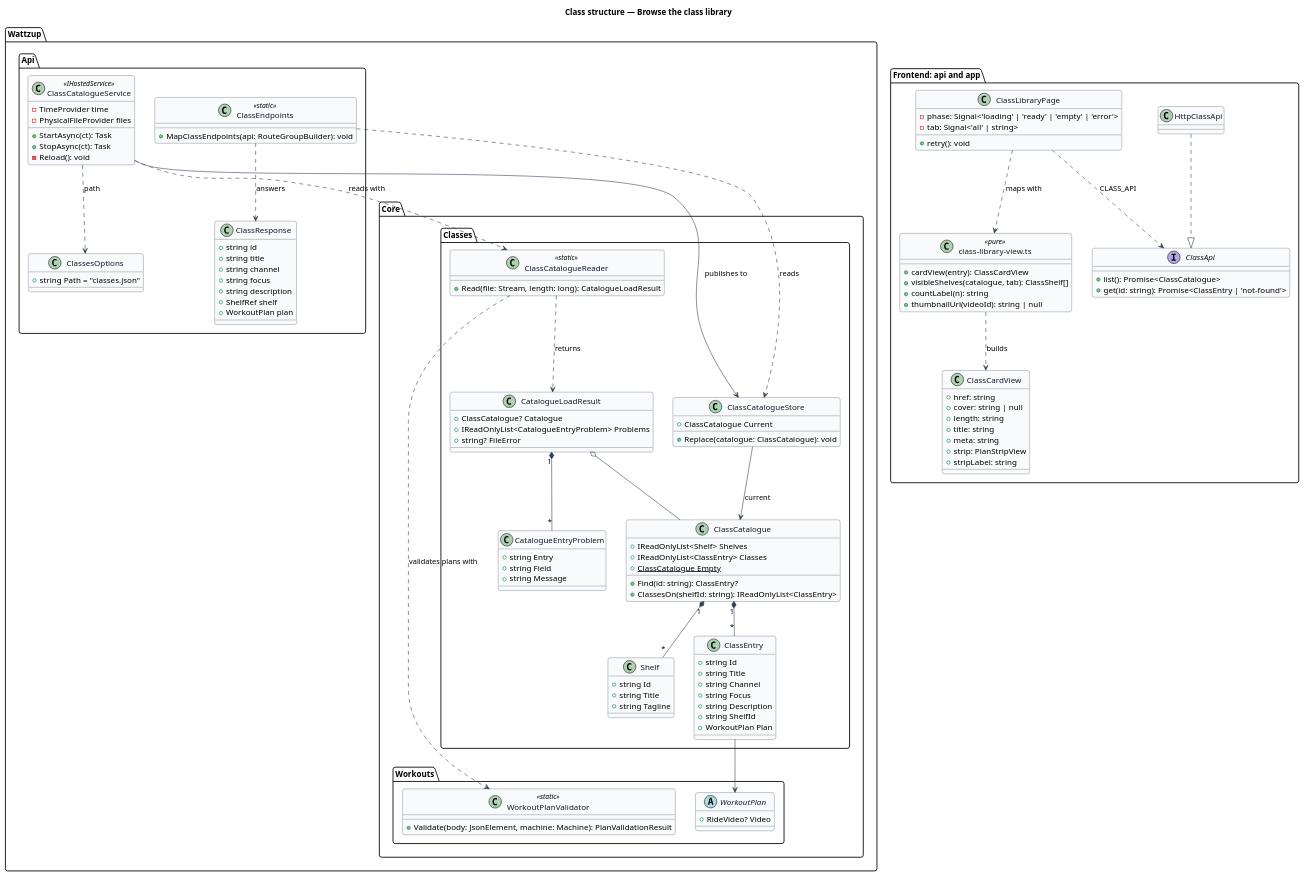
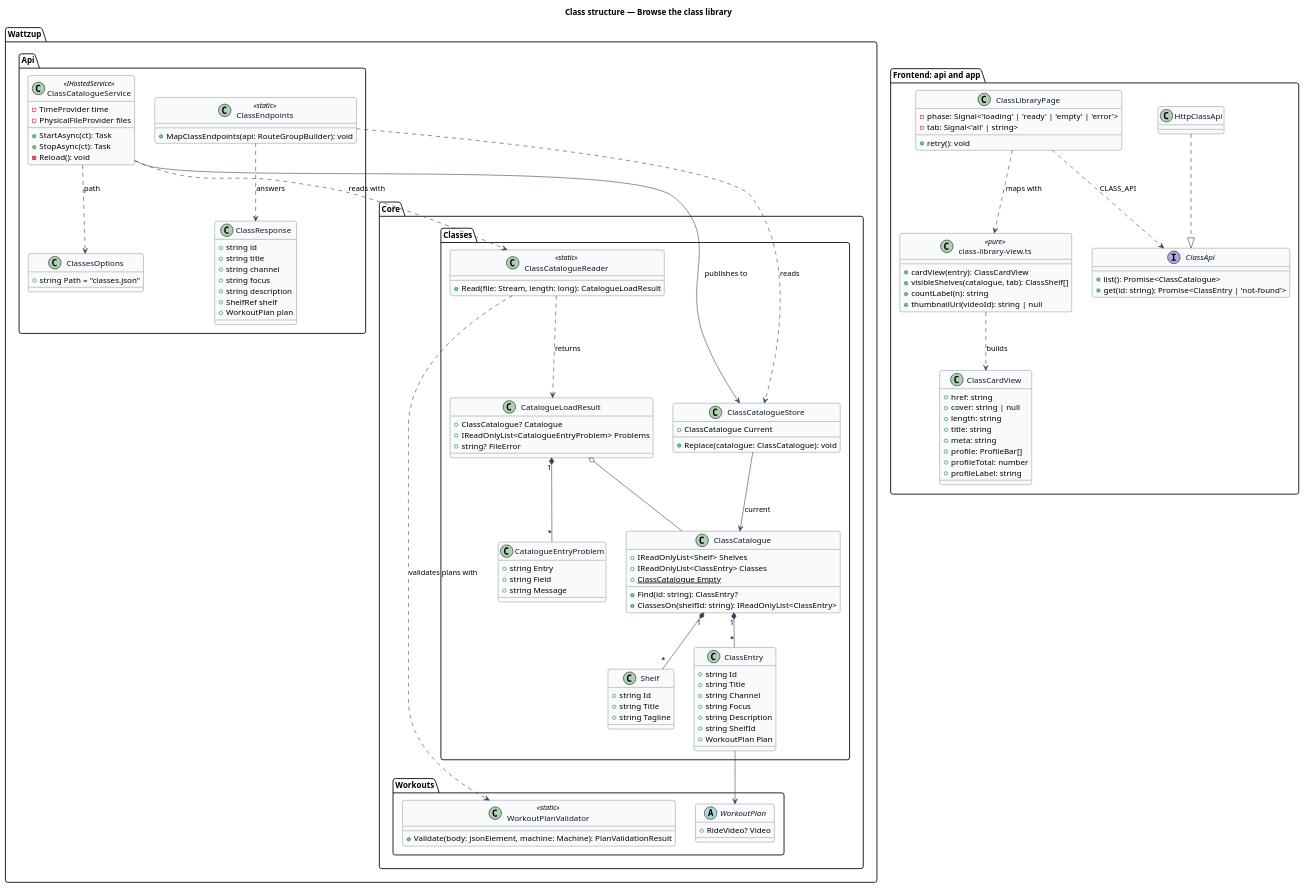
Before and after one commit to QuinntyneBrown/ride-one: the diagram in docs/detailed-designs/classes/browse-classes/diagrams/class-structure.puml, drawn with PlantUML. The commit also changed 10 other files, not shown here.

```diff
--- a/docs/detailed-designs/classes/browse-classes/diagrams/class-structure.puml
+++ b/docs/detailed-designs/classes/browse-classes/diagrams/class-structure.puml
@@ -1,131 +1,132 @@
 @startuml
 skinparam backgroundColor #FFFFFF
 skinparam shadowing false
 skinparam roundcorner 8
 skinparam defaultFontName Arial
 skinparam ArrowColor #344054
 skinparam class {
   BorderColor #344054
   FontColor #101828
   BackgroundColor #F9FAFB
 }
 title Class structure — Browse the class library
 
 package "Wattzup.Core.Classes" {
   class Shelf {
     +string Id
     +string Title
     +string Tagline
   }
   class ClassEntry {
     +string Id
     +string Title
     +string Channel
     +string Focus
     +string Description
     +string ShelfId
     +WorkoutPlan Plan
   }
   class ClassCatalogue {
     +IReadOnlyList<Shelf> Shelves
     +IReadOnlyList<ClassEntry> Classes
     +{static} ClassCatalogue Empty
     +Find(id: string): ClassEntry?
     +ClassesOn(shelfId: string): IReadOnlyList<ClassEntry>
   }
   class ClassCatalogueReader <<static>> {
     +Read(file: Stream, length: long): CatalogueLoadResult
   }
   class CatalogueLoadResult {
     +ClassCatalogue? Catalogue
     +IReadOnlyList<CatalogueEntryProblem> Problems
     +string? FileError
   }
   class CatalogueEntryProblem {
     +string Entry
     +string Field
     +string Message
   }
   class ClassCatalogueStore {
     +ClassCatalogue Current
     +Replace(catalogue: ClassCatalogue): void
   }
 }
 package "Wattzup.Core.Workouts" {
   abstract class WorkoutPlan {
     +RideVideo? Video
   }
   class WorkoutPlanValidator <<static>> {
     +Validate(body: JsonElement, machine: Machine): PlanValidationResult
   }
 }
 package "Wattzup.Api" {
   class ClassesOptions {
     +string Path = "classes.json"
   }
   class ClassCatalogueService <<IHostedService>> {
     -TimeProvider time
     -PhysicalFileProvider files
     +StartAsync(ct): Task
     +StopAsync(ct): Task
     -Reload(): void
   }
   class ClassEndpoints <<static>> {
     +MapClassEndpoints(api: RouteGroupBuilder): void
   }
   class ClassResponse {
     +string id
     +string title
     +string channel
     +string focus
     +string description
     +ShelfRef shelf
     +WorkoutPlan plan
   }
 }
 package "Frontend: api and app" {
   interface ClassApi {
     +list(): Promise<ClassCatalogue>
     +get(id: string): Promise<ClassEntry | 'not-found'>
   }
   class HttpClassApi
   class ClassCardView {
     +href: string
     +cover: string | null
     +length: string
     +title: string
     +meta: string
-    +strip: PlanStripView
-    +stripLabel: string
+    +profile: ProfileBar[]
+    +profileTotal: number
+    +profileLabel: string
   }
   class "class-library-view.ts" as clv <<pure>> {
     +cardView(entry): ClassCardView
     +visibleShelves(catalogue, tab): ClassShelf[]
     +countLabel(n): string
     +thumbnailUrl(videoId): string | null
   }
   class ClassLibraryPage {
     -phase: Signal<'loading' | 'ready' | 'empty' | 'error'>
     -tab: Signal<'all' | string>
     +retry(): void
   }
 }
 
 ClassCatalogue "1" *-- "*" Shelf
 ClassCatalogue "1" *-- "*" ClassEntry
 ClassEntry --> WorkoutPlan
 ClassCatalogueReader ..> WorkoutPlanValidator : validates plans with
 ClassCatalogueReader ..> CatalogueLoadResult : returns
 CatalogueLoadResult "1" *-- "*" CatalogueEntryProblem
 CatalogueLoadResult o-- ClassCatalogue
 ClassCatalogueStore --> ClassCatalogue : current
 ClassCatalogueService ..> ClassCatalogueReader : reads with
 ClassCatalogueService --> ClassCatalogueStore : publishes to
 ClassCatalogueService ..> ClassesOptions : path
 ClassEndpoints ..> ClassCatalogueStore : reads
 ClassEndpoints ..> ClassResponse : answers
 HttpClassApi ..|> ClassApi
 ClassLibraryPage ..> ClassApi : CLASS_API
 ClassLibraryPage ..> clv : maps with
 clv ..> ClassCardView : builds
 @enduml
```
